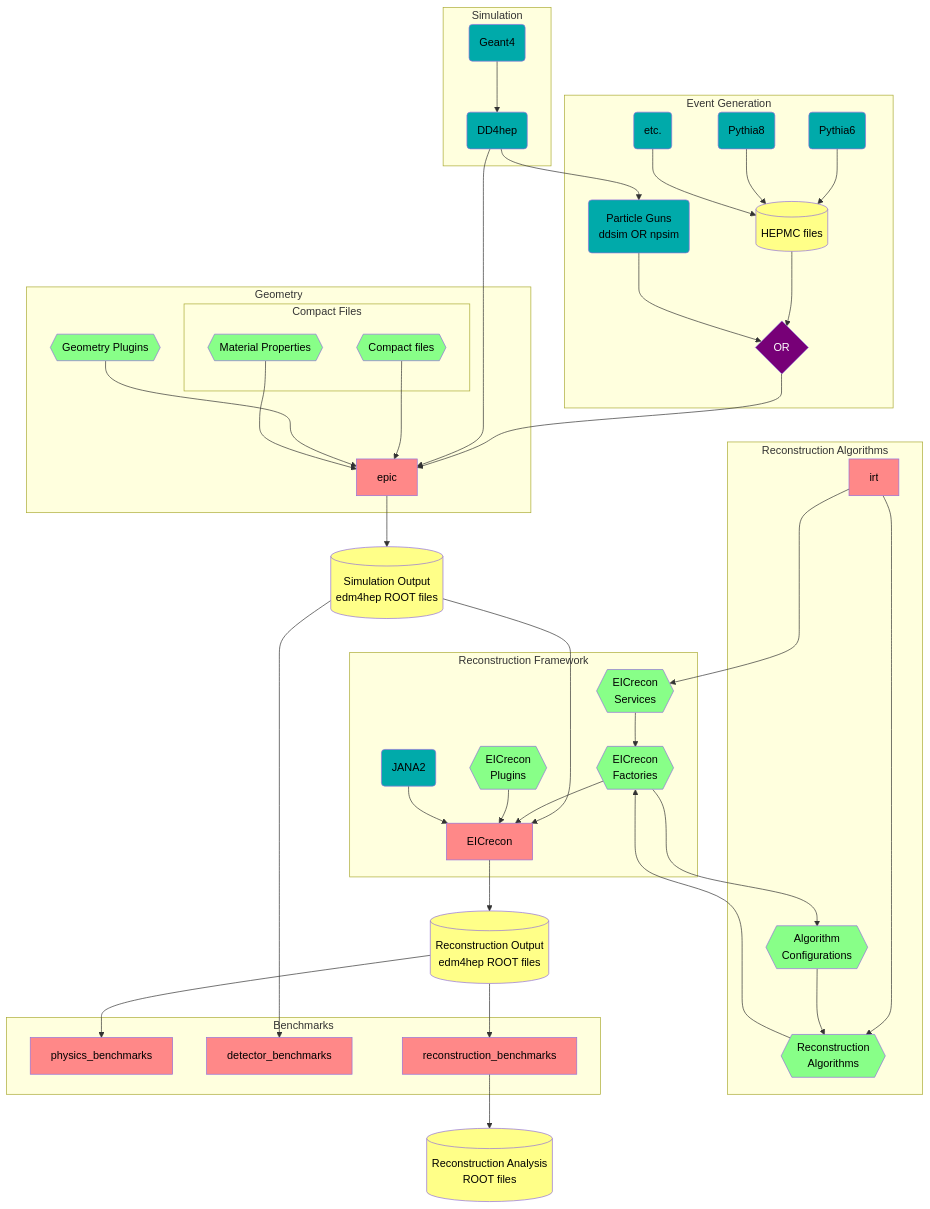
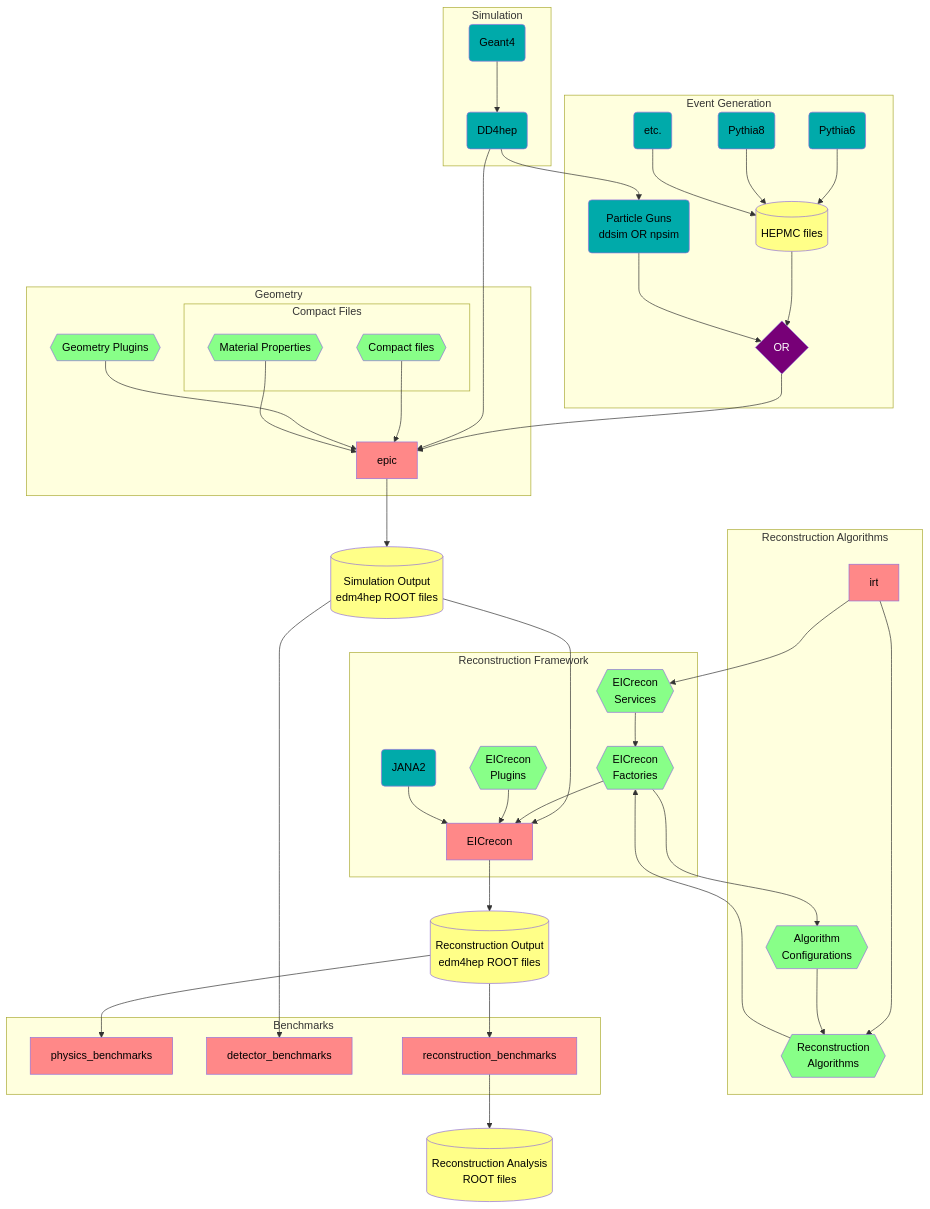
Before and after one commit to eic/drich-dev: the third of 3 diagrams in README.md, drawn with Mermaid.

Commit message:
modified:   README.md

````diff
--- a/README.md
+++ b/README.md
@@ -228,81 +228,81 @@
 ```mermaid
 flowchart TB
   classDef epic fill:#ff8888,color:black
   classDef dep fill:#00aaaa,color:black
   classDef obj fill:#88ff88,color:black
   classDef data fill:#ffff88,color:black
   classDef op fill:#770077,color:white
 
   subgraph Event Generation
     Pythia6(Pythia6):::dep
     Pythia8(Pythia8):::dep
     OtherGen(etc.):::dep
     Hepmc[(HEPMC files)]:::data
     Gun(Particle Guns<br/>ddsim OR npsim):::dep
     GenOR{OR}:::op
   end
   Pythia6  --> Hepmc
   Pythia8  --> Hepmc
   OtherGen --> Hepmc
   Hepmc    --> GenOR
   Gun      --> GenOR
 
   subgraph Simulation
     DD4hep(DD4hep):::dep
     Geant(Geant4):::dep
   end
   Geant --> DD4hep
 
   subgraph Geometry
     Epic[epic]:::epic
     subgraph Compact Files
       DDCompact{{Compact files}}:::obj
       DDMat{{Material Properties}}:::obj
     end
     DDPlugin{{Geometry Plugins}}:::obj
   end
   SimOut[(Simulation Output<br/>edm4hep ROOT files)]:::data
   DD4hep    --> Gun
   GenOR     --> Epic
   DD4hep    --> Epic
   DDCompact --> Epic
   DDPlugin  --> Epic
   DDMat     --> Epic
   Epic      --> SimOut
 
   subgraph Reconstruction Framework
     JANA(JANA2):::dep
     EICreconPlugins{{EICrecon<br/>Plugins}}:::obj
     EICreconFactories{{EICrecon<br/>Factories}}:::obj
     EICreconServices{{EICrecon<br/>Services}}:::obj
     EICrecon[EICrecon]:::epic
   end
   subgraph Reconstruction Algorithms
     IRT[irt]:::epic
     RecoAlgorithms{{Reconstruction<br/>Algorithms}}:::obj
     RecoAlgorithmConfigs{{Algorithm<br/>Configurations}}:::obj
   end
   RecOut[(Reconstruction Output<br/>edm4hep ROOT files)]:::data
   SimOut               ----> EICrecon
   EICreconServices     -->  EICreconFactories
   EICreconFactories    -->  EICrecon
   EICreconPlugins      -->  EICrecon
-  IRT                  --->  EICreconServices
+  IRT                  -->  EICreconServices
   IRT                  -->  RecoAlgorithms
   RecoAlgorithms       --->  EICreconFactories
   RecoAlgorithmConfigs -->  RecoAlgorithms
   EICreconFactories    --->  RecoAlgorithmConfigs
   JANA                 -->  EICrecon
   EICrecon         -->  RecOut
 
   subgraph Benchmarks
     PhysicsBenchmarks[physics_benchmarks]:::epic
     DetectorBenchmarks[detector_benchmarks]:::epic
     ReconstructionBenchmarks[reconstruction_benchmarks]:::epic
   end
   AnaOut[(Reconstruction Analysis<br/>ROOT files)]:::data
   SimOut --> DetectorBenchmarks
   RecOut --> PhysicsBenchmarks
   RecOut --> ReconstructionBenchmarks --> AnaOut
 
 ```
````
